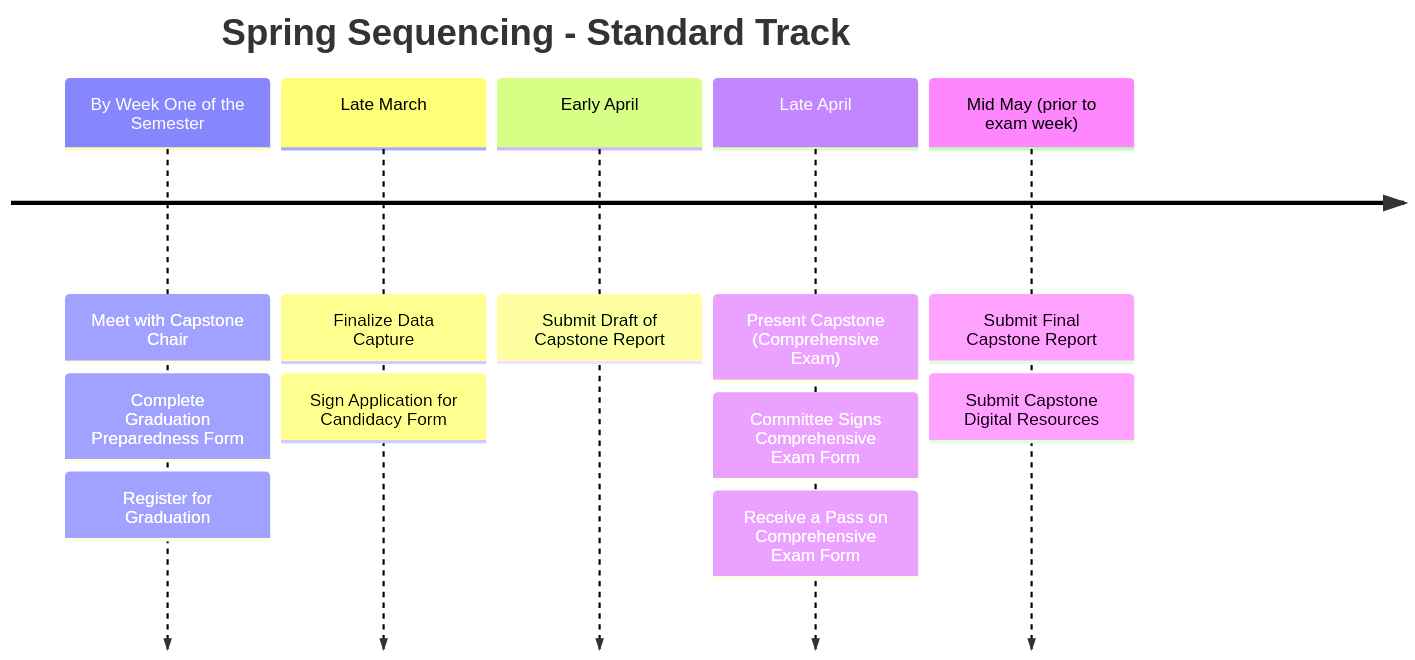
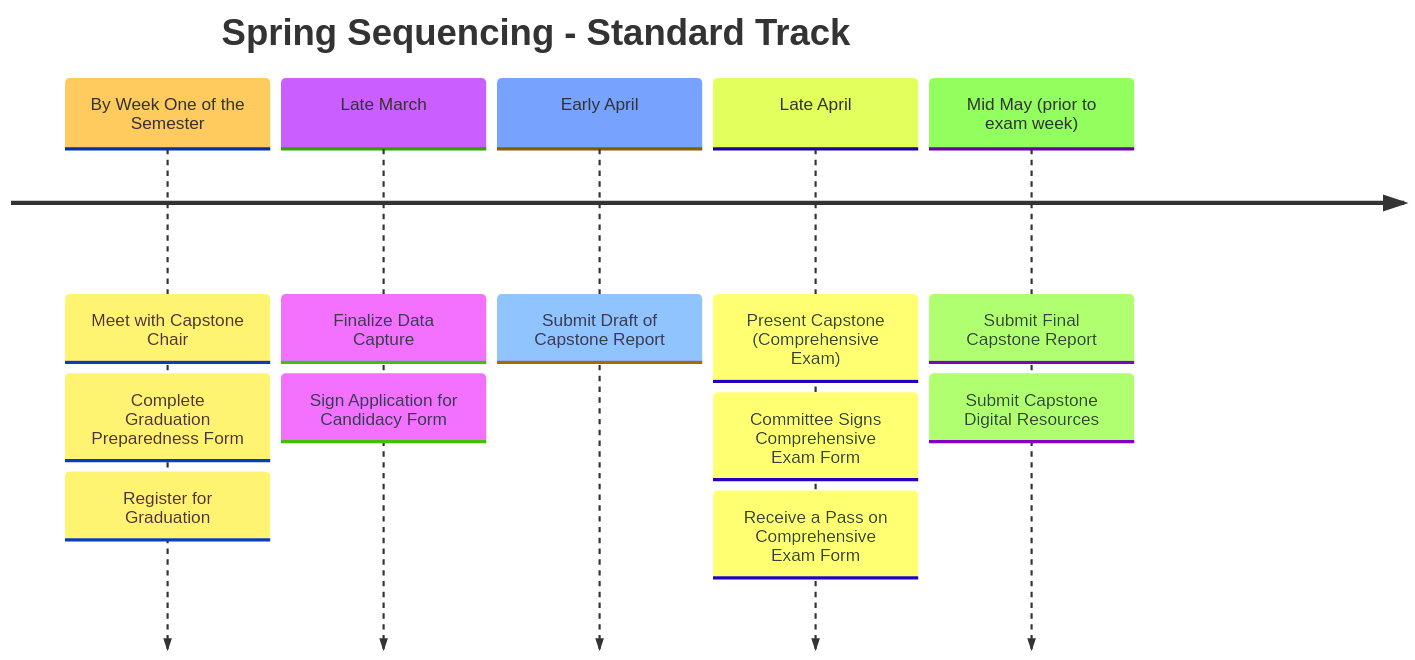
Before and after one commit to ModernHumanAnatomy/MHACapstone: the diagram in docs/final-steps.md, drawn with Mermaid. The commit also changed 4 other files, not shown here.

````diff
--- a/docs/final-steps.md
+++ b/docs/final-steps.md
@@ -7,15 +7,17 @@
 ```mermaid
+%%{init: { 'theme': 'base' } }%%
+
 timeline
     title Spring Sequencing - Standard Track
     By Week One of the Semester: Meet with Capstone Chair
         : Complete Graduation Preparedness Form
         : Register for Graduation
     Late March: Finalize Data Capture
         : Sign Application for Candidacy Form
     Early April: Submit Draft of Capstone Report
     Late April: Present Capstone (Comprehensive Exam)
         : Committee Signs Comprehensive Exam Form
         : Receive a Pass on Comprehensive Exam Form
     Mid May (prior to exam week): Submit Final Capstone Report   
         : Submit Capstone Digital Resources  
 ```
````
